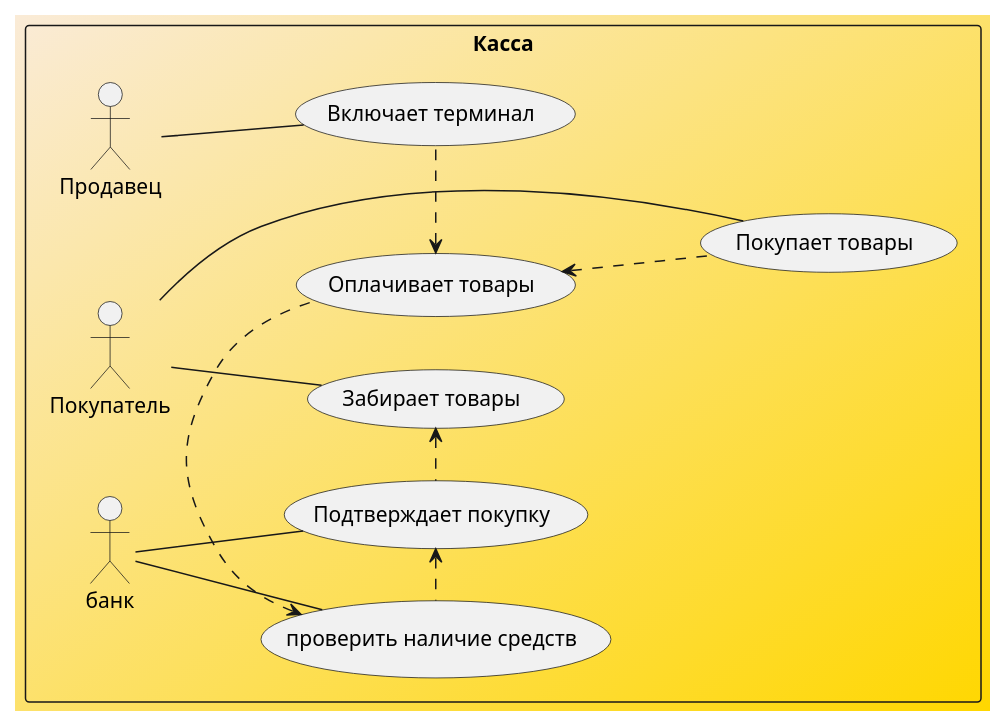
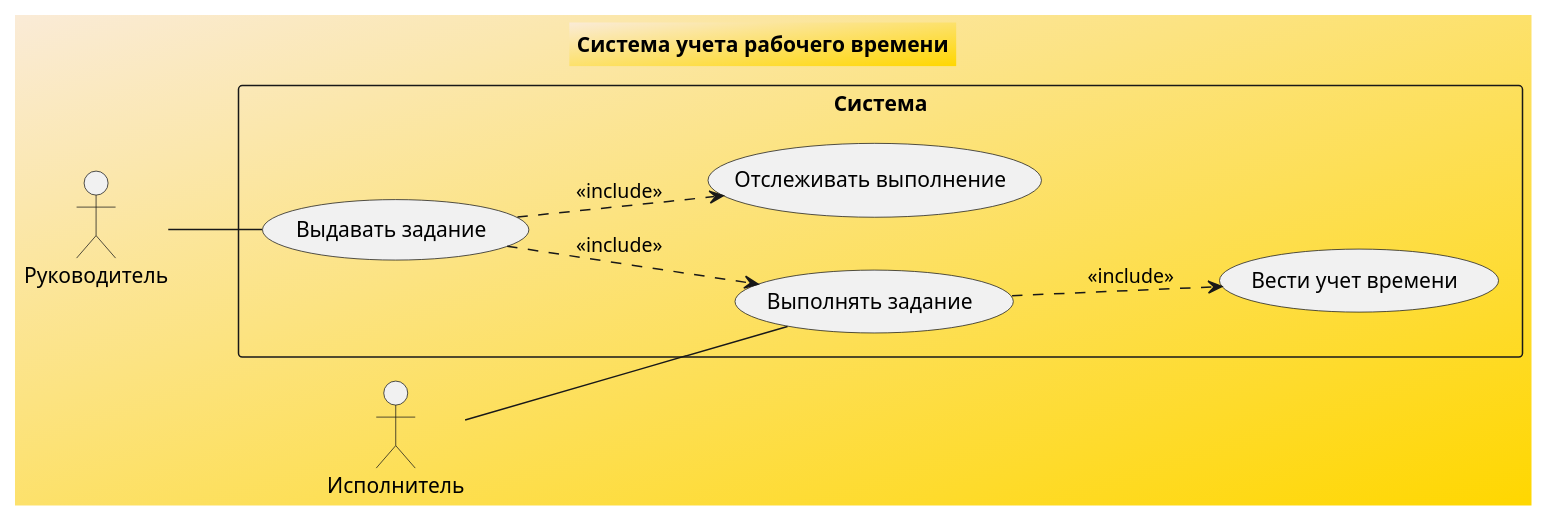
One commit to AndrewKom/TMP changed the first of 2 diagrams in work1.puml. Above: the diagram before and after it, drawn with PlantUML. The commit also changed other lines of this file and 2 other files, not shown here.

```diff
--- a/work1.puml
+++ b/work1.puml
@@ -1,17 +1,17 @@
 @startuml "Практическая работа 1"
 left to right direction
-skinparam classBackgroundColor Wheat|CornflowerBlue
+title Система учета рабочего времени
 skinparam backgroundcolor AntiqueWhite/Gold
-rectangle Касса {
-Покупатель -- (Покупает товары)
-Покупатель -- (Забирает товары)
-(Оплачивает товары) <.. (Покупает товары)
-Продавец -- (Включает терминал)
-(Оплачивает товары) <. (Включает терминал)
-банк -- (проверить наличие средств)
-банк -- (Подтверждает покупку)
-(проверить наличие средств) <. (Оплачивает товары)
-(Подтверждает покупку) <. (проверить наличие средств)
-(Забирает товары) <. (Подтверждает покупку)
+actor Руководитель
+actor Исполнитель
+
+rectangle Система {
+Руководитель -- (Выдавать задание)
+(Выдавать задание) ..>(Выполнять задание):<<include>>
+(Выдавать задание) ..> (Отслеживать выполнение):<<include>>
+Исполнитель -- (Выполнять задание)
+(Выполнять задание) ..> (Вести учет времени):<<include>>
 }
+
+
 @enduml
```
